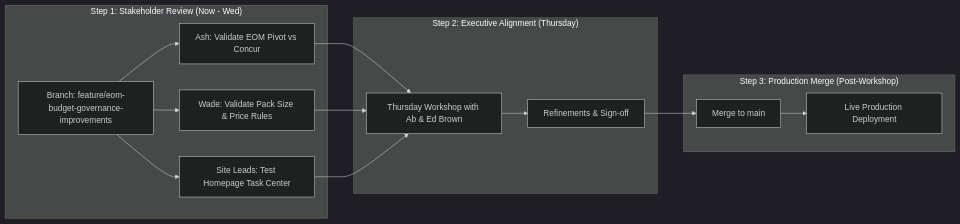
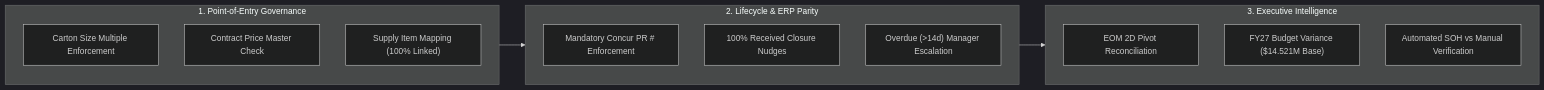
One commit to SPLGit-Project/ProcureFlow-App changed the first of 2 diagrams in docs/DEVELOPMENT_ACTION_PLAN_AUG2026.md. Above: the diagram before and after it, drawn with Mermaid (dark theme). The commit also changed other lines of this file, not shown here.

Commit message:
docs: update developmental action plan to v2.0 incorporating Aug 31 meeting alignment

````diff
--- a/docs/DEVELOPMENT_ACTION_PLAN_AUG2026.md
+++ b/docs/DEVELOPMENT_ACTION_PLAN_AUG2026.md
@@ -17,18 +17,22 @@
 ```mermaid
 flowchart LR
-    subgraph Review ["Step 1: Stakeholder Review (Now - Wed)"]
-        A["Branch: feature/eom-budget-governance-improvements"] --> B["Ash: Validate EOM Pivot vs Concur"]
-        A --> C["Wade: Validate Pack Size & Price Rules"]
-        A --> D["Site Leads: Test Homepage Task Center"]
+    subgraph InputControl ["1. Point-of-Entry Governance"]
+        A["Carton Size Multiple Enforcement"]
+        B["Contract Price Master Check"]
+        C["Supply Item Mapping (100% Linked)"]
     end
 
-    subgraph Alignment ["Step 2: Executive Alignment (Thursday)"]
-        B & C & D --> E["Thursday Workshop with Ab & Ed Brown"]
-        E --> F["Refinements & Sign-off"]
+    subgraph OperationsControl ["2. Lifecycle & ERP Parity"]
+        D["Mandatory Concur PR # Enforcement"]
+        E["100% Received Closure Nudges"]
+        F["Overdue (>14d) Manager Escalation"]
     end
 
-    subgraph Cutover ["Step 3: Production Merge (Post-Workshop)"]
-        F --> G["Merge to main"]
-        G --> H["Live Production Deployment"]
+    subgraph ExecutiveControl ["3. Executive Intelligence"]
+        G["EOM 2D Pivot Reconciliation"]
+        H["FY27 Budget Variance ($14.521M Base)"]
+        I["Automated SOH vs Manual Verification"]
     end
+
+    InputControl --> OperationsControl --> ExecutiveControl
 ```
````
